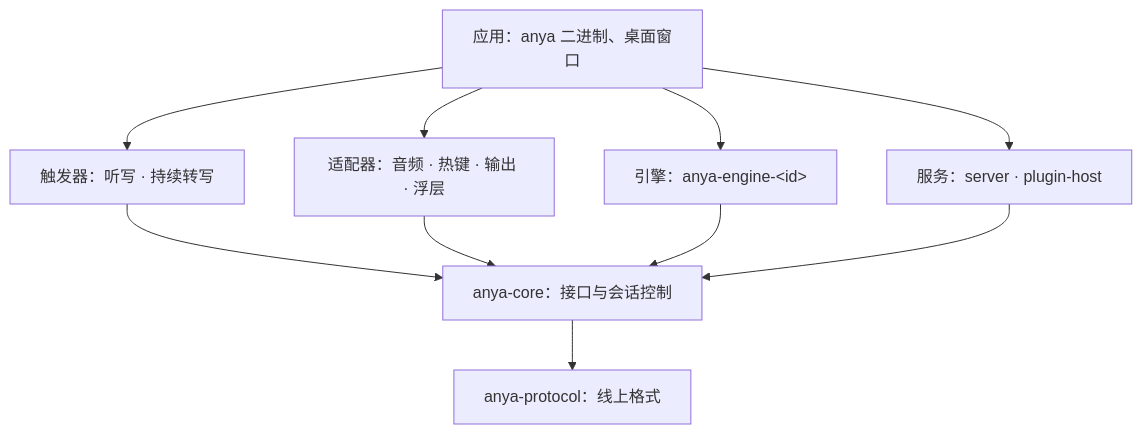
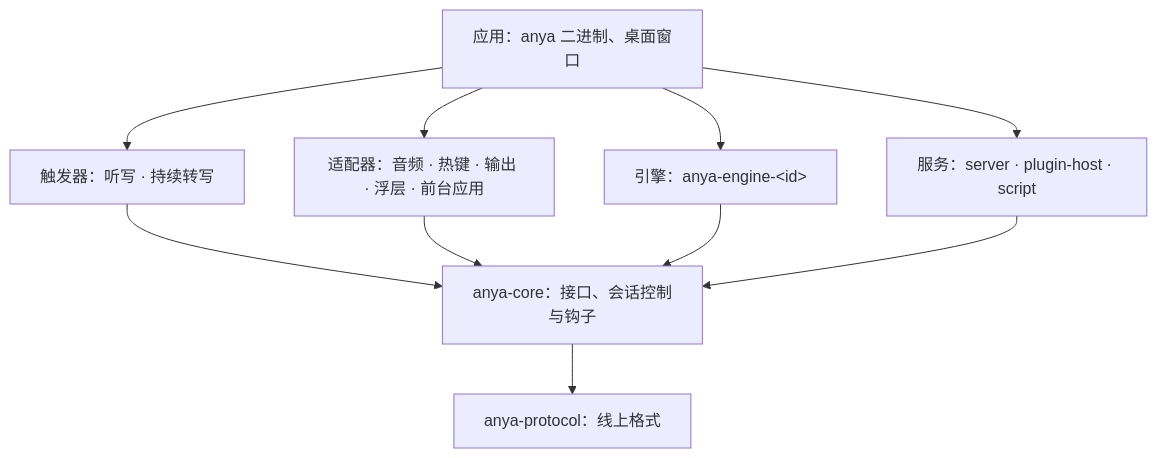
Before and after one commit to wakaka6/anya: the diagram in README.md, drawn with Mermaid. The commit also changed other lines of this file and 94 other files, not shown here.

````diff
--- a/README.md
+++ b/README.md
@@ -116,12 +126,12 @@
 ```mermaid
 flowchart TB
   App["应用：anya 二进制、桌面窗口"]
   Trigger["触发器：听写 · 持续转写"]
-  Adapter["适配器：音频 · 热键 · 输出 · 浮层"]
+  Adapter["适配器：音频 · 热键 · 输出 · 浮层 · 前台应用"]
   Engine["引擎：anya-engine-&lt;id&gt;"]
-  Service["服务：server · plugin-host"]
-  Core["anya-core：接口与会话控制"]
+  Service["服务：server · plugin-host · script"]
+  Core["anya-core：接口、会话控制与钩子"]
   Protocol["anya-protocol：线上格式"]
   App --> Trigger & Adapter & Engine & Service
   Trigger & Adapter & Engine & Service --> Core --> Protocol
 ```
````
